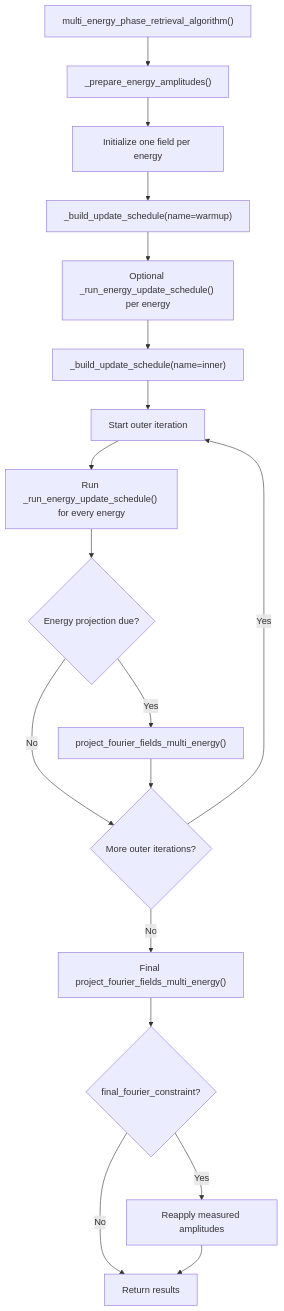
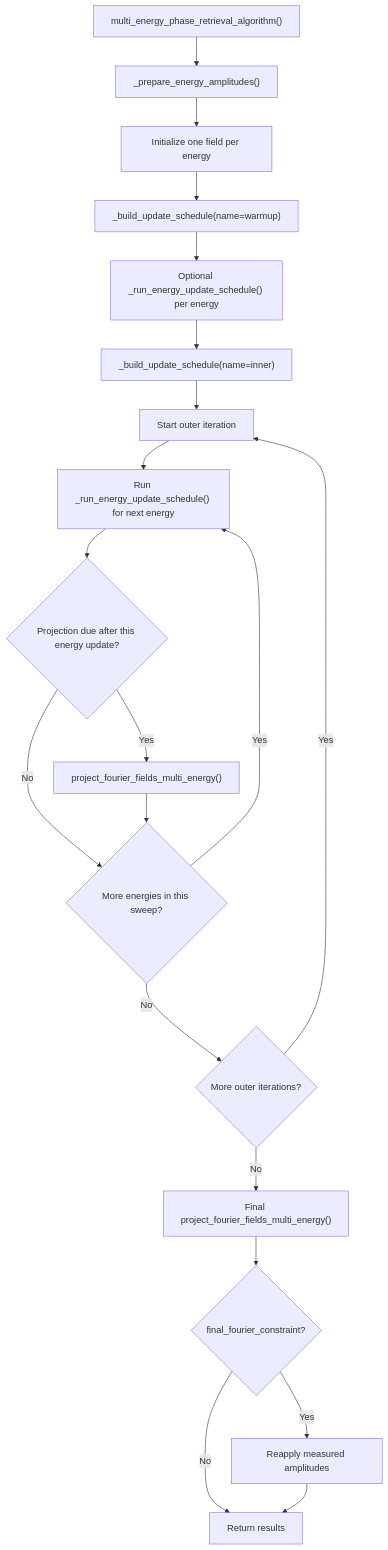
The eighth of 12 diagrams in docs/phase_retrieval_universal.md (riccbatt/FTH-Phase-Retrieval-2609-SOLEIL-SEXTANTS), drawn with Mermaid before and after one commit. The commit also changed other lines of this file and 15 other files, not shown here.

````diff
--- a/docs/phase_retrieval_universal.md
+++ b/docs/phase_retrieval_universal.md
@@ -597,20 +713,22 @@
 ```mermaid
 flowchart TD
     A["multi_energy_phase_retrieval_algorithm()"] --> B["_prepare_energy_amplitudes()"]
     B --> C["Initialize one field per energy"]
     C --> D["_build_update_schedule(name=warmup)"]
     D --> E["Optional _run_energy_update_schedule() per energy"]
     E --> F["_build_update_schedule(name=inner)"]
     F --> G["Start outer iteration"]
-    G --> H["Run _run_energy_update_schedule() for every energy"]
-    H --> I{"Energy projection due?"}
+    G --> H["Run _run_energy_update_schedule() for next energy"]
+    H --> I{"Projection due after this energy update?"}
     I -- Yes --> J["project_fourier_fields_multi_energy()"]
-    I -- No --> K{"More outer iterations?"}
-    J --> K
+    I -- No --> P{"More energies in this sweep?"}
+    J --> P
+    P -- Yes --> H
+    P -- No --> K{"More outer iterations?"}
     K -- Yes --> G
     K -- No --> L["Final project_fourier_fields_multi_energy()"]
     L --> M{"final_fourier_constraint?"}
     M -- Yes --> N["Reapply measured amplitudes"]
     M -- No --> O["Return results"]
     N --> O
 ```
````
